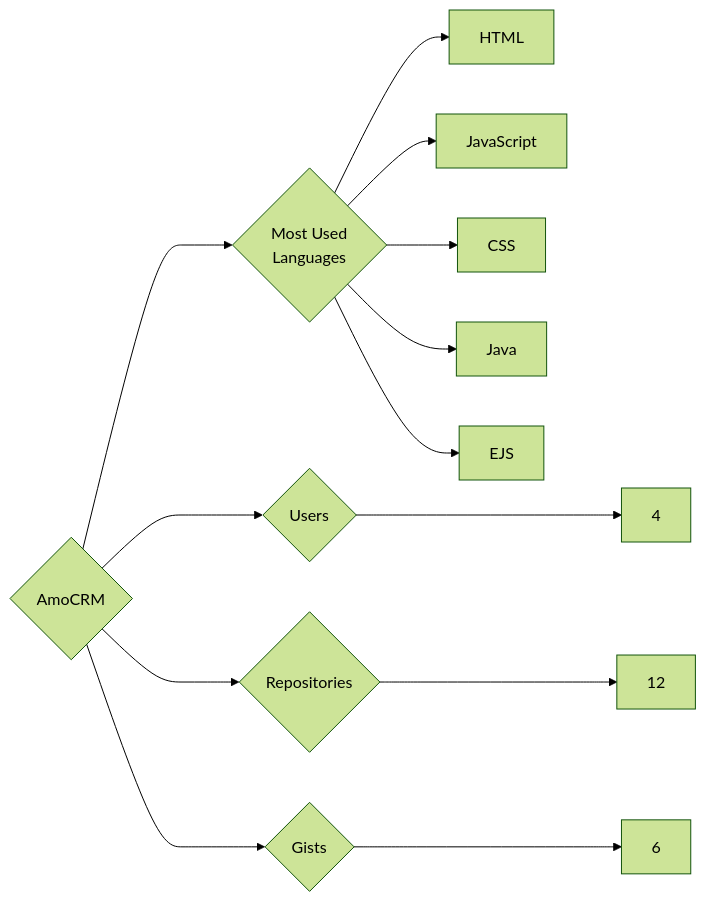
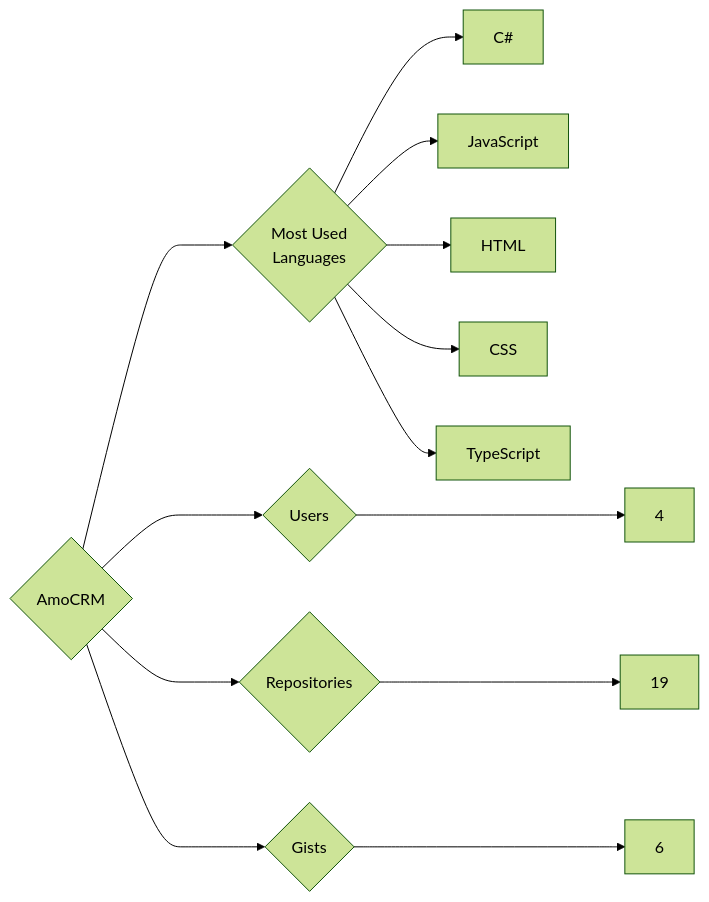
One commit to trickest/insiders changed the diagram in targets/AmoCRM/README.md. Above: the diagram before and after it, drawn with Mermaid (forest theme). The commit also changed 1003 other files, not shown here.

````diff
--- a/targets/AmoCRM/README.md
+++ b/targets/AmoCRM/README.md
@@ -3,13 +3,13 @@
 ```mermaid
 graph LR
 COMPANY_NAME{AmoCRM}
 COMPANY_NAME ---> U{Users} ---> UN[4]
-COMPANY_NAME ---> R{Repositories} ---> RN[12]
+COMPANY_NAME ---> R{Repositories} ---> RN[19]
 COMPANY_NAME ---> G{Gists} ---> GN[6]
 COMPANY_NAME ---> ML{Most Used<br>Languages}
+ML --> C#[C#]
+ML --> JavaScript[JavaScript]
 ML --> HTML[HTML]
-ML --> JavaScript[JavaScript]
 ML --> CSS[CSS]
-ML --> Java[Java]
-ML --> EJS[EJS]
+ML --> TypeScript[TypeScript]
 ```
````
